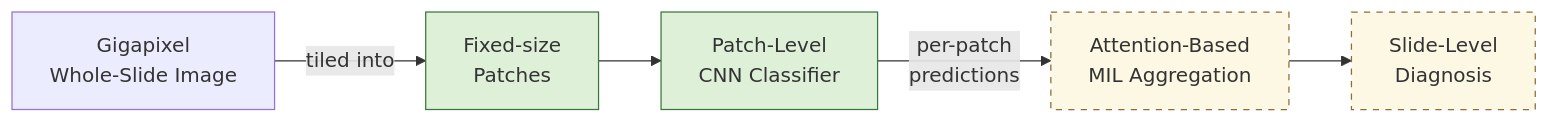
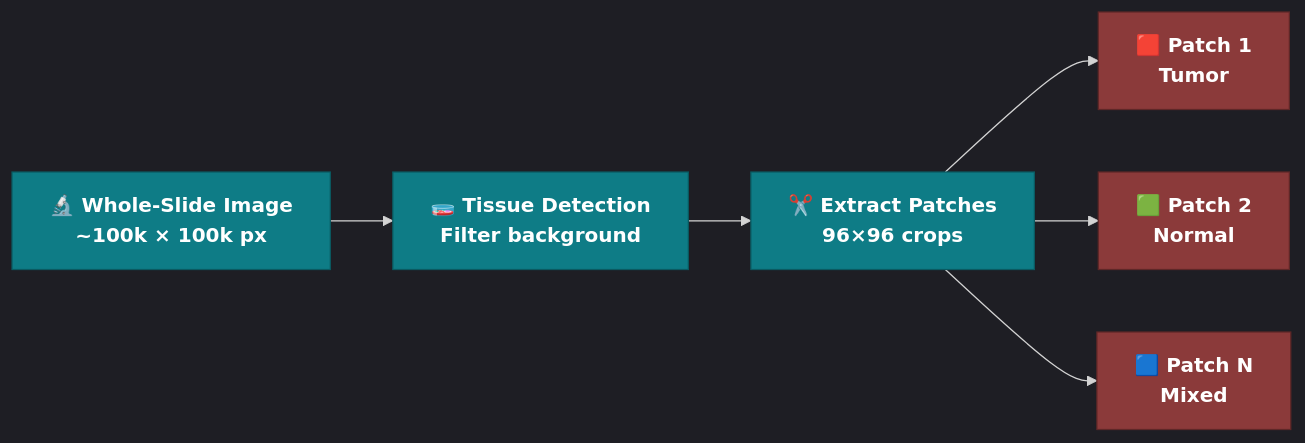
Before and after one commit to iqrasafdarr/PathologyAI-Explorer: the first of 5 diagrams in README.md, drawn with Mermaid. The commit also changed other lines of this file, not shown here.

````diff
--- a/README.md
+++ b/README.md
@@ -35,15 +35,12 @@
 ```mermaid
+%%{init: {'theme':'dark', 'themeVariables': {'background':'#1a1a1a'}}}%%
 flowchart LR
-    A[Gigapixel<br/>Whole-Slide Image] -->|tiled into| B[Fixed-size<br/>Patches]
-    B --> C[Patch-Level<br/>CNN Classifier]
-    C -->|per-patch<br/>predictions| D[Attention-Based<br/>MIL Aggregation]
-    D --> E[Slide-Level<br/>Diagnosis]
+    A["🔬 Whole-Slide Image<br/>~100k × 100k px"]:::implemented --> B["🧫 Tissue Detection<br/>Filter background"]:::implemented
+    B --> C["✂️ Extract Patches<br/>96×96 crops"]:::implemented
+    C --> D["🟥 Patch 1<br/>Tumor"]:::patch
+    C --> E["🟩 Patch 2<br/>Normal"]:::patch
+    C --> F["🟦 Patch N<br/>Mixed"]:::patch
 
-    style B fill:#dff0d8,stroke:#3c763d
-    style C fill:#dff0d8,stroke:#3c763d
-    style D fill:#fcf8e3,stroke:#8a6d3b,stroke-dasharray: 5 5
-    style E fill:#fcf8e3,stroke:#8a6d3b,stroke-dasharray: 5 5
-
-    classDef done fill:#dff0d8,stroke:#3c763d;
-    classDef planned fill:#fcf8e3,stroke:#8a6d3b,stroke-dasharray: 5 5;
+    classDef implemented fill:#0e7c86,stroke:#0a5a61,color:#ffffff,font-weight:bold;
+    classDef patch fill:#8b3a3a,stroke:#5e2727,color:#ffffff,font-weight:bold;
 ```
````
